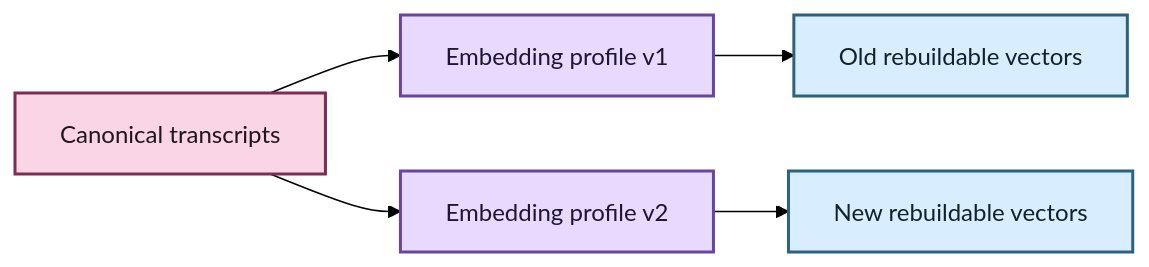
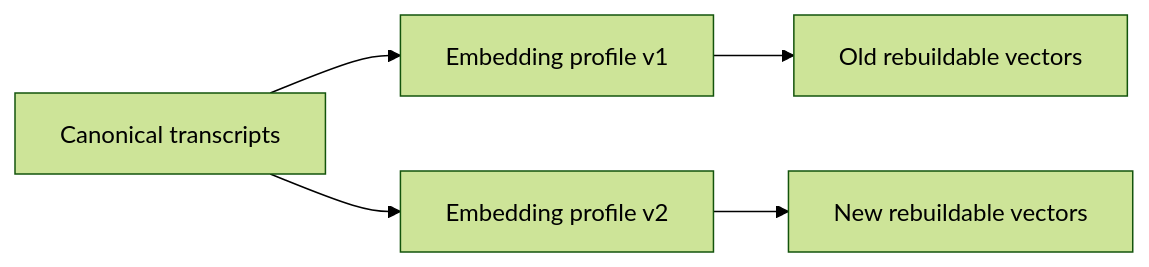
Before and after one commit to SSD1805/EchoFlow: the third of 3 diagrams in docs/semantic-search.md, drawn with Mermaid (forest theme). The commit also changed other lines of this file, not shown here.

Commit message:
docs: update semantic search custody and diagrams

````diff
--- a/docs/semantic-search.md
+++ b/docs/semantic-search.md
@@ -304,15 +274,7 @@
 ```mermaid
 flowchart LR
-    T[Canonical transcripts] --> P1[Embedding profile v1]
-    T --> P2[Embedding profile v2]
-    P1 --> V1[Old rebuildable vectors]
-    P2 --> V2[New rebuildable vectors]
-
-    classDef evidence fill:#F9D5E5,stroke:#7B2E52,stroke-width:2px,color:#22151B
-    classDef profile fill:#E8D9FF,stroke:#68469B,stroke-width:2px,color:#1F1630
-    classDef derived fill:#D8EEFF,stroke:#2E617B,stroke-width:2px,color:#12222A
-
-    class T evidence
-    class P1,P2 profile
-    class V1,V2 derived
+    A[Canonical transcripts] --> B[Embedding profile v1]
+    A --> C[Embedding profile v2]
+    B --> D[Old rebuildable vectors]
+    C --> E[New rebuildable vectors]
 ```
````
